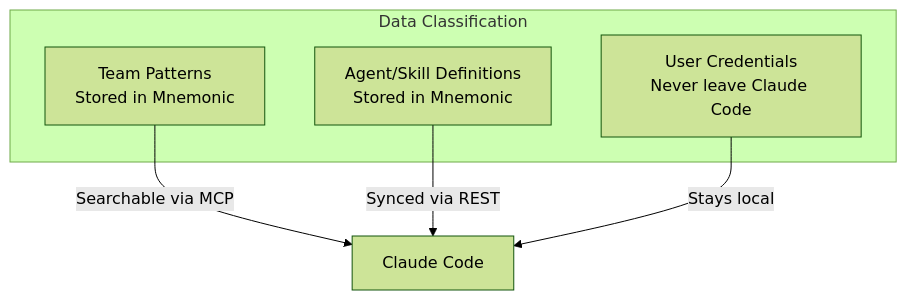
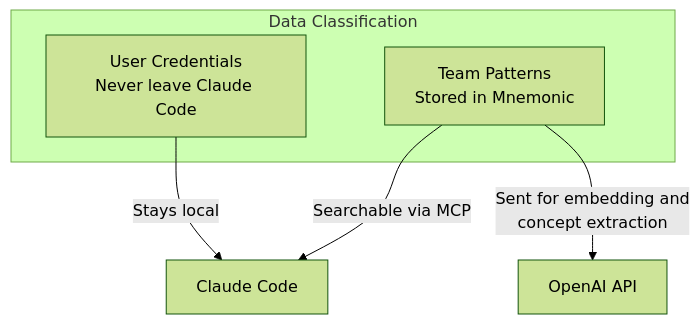
The sixth of 6 diagrams in docs/architecture/system/03-communication-patterns.md (twistingmercury/mnemonic-docs), drawn with Mermaid (forest theme) before and after one commit. The commit also changed other lines of this file and 41 other files, not shown here.

````diff
--- a/docs/architecture/system/03-communication-patterns.md
+++ b/docs/architecture/system/03-communication-patterns.md
@@ -230,12 +258,11 @@
 ```mermaid
 graph TB
     subgraph "Data Classification"
         PATTERNS[Team Patterns<br/>Stored in Mnemonic]
-        TOOLING[Agent/Skill Definitions<br/>Stored in Mnemonic]
         CREDS[User Credentials<br/>Never leave Claude Code]
     end
 
     PATTERNS -->|"Searchable via MCP"| CC[Claude Code]
-    TOOLING -->|"Synced via REST"| CC
+    PATTERNS -->|"Sent for embedding and<br/>concept extraction"| OAI[OpenAI API]
     CREDS -->|"Stays local"| CC
 ```
````
